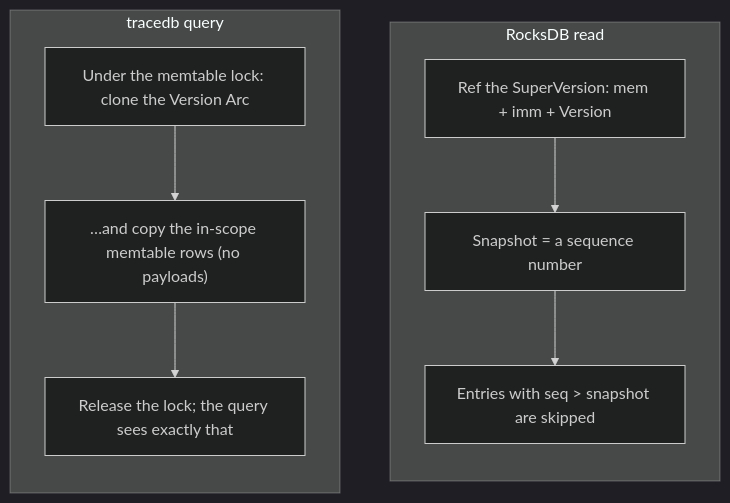
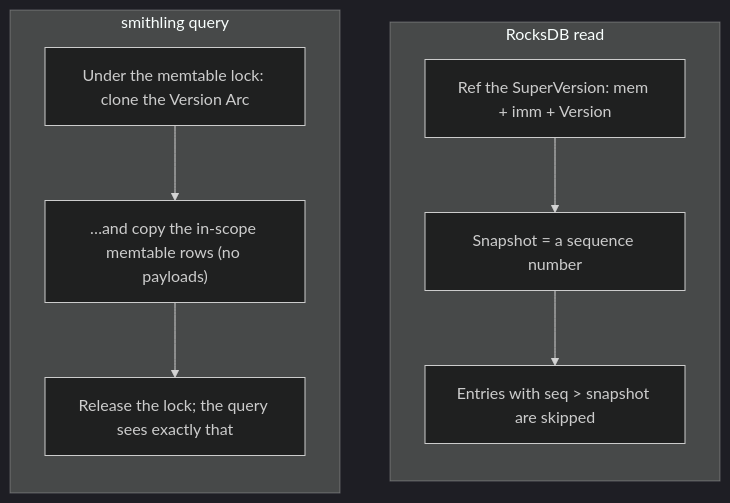
The sixth of 9 diagrams in ROCKSDB_COMPARISON.md (liukai/smithling), drawn with Mermaid (dark theme) before and after one commit. The commit also changed other lines of this file and 199 other files, not shown here.

First line of the commit message:
refactor: rename tracedb to Smithling (D-037)

````diff
--- a/ROCKSDB_COMPARISON.md
+++ b/ROCKSDB_COMPARISON.md
@@ -204,17 +204,17 @@
 ```mermaid
 flowchart TB
     subgraph R["RocksDB read"]
         direction TB
         R1["Ref the SuperVersion: mem + imm + Version"]
         R2["Snapshot = a sequence number"]
         R3["Entries with seq > snapshot are skipped"]
         R1 --> R2 --> R3
     end
-    subgraph T["tracedb query"]
+    subgraph T["smithling query"]
         direction TB
         T1["Under the memtable lock: clone the Version Arc"]
         T2["…and copy the in-scope memtable rows (no payloads)"]
         T3["Release the lock; the query sees exactly that"]
         T1 --> T2 --> T3
     end
 ```
````
